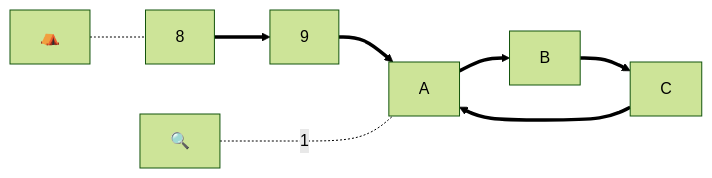
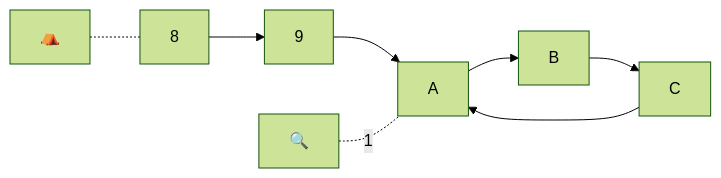
Diagram 11 of 13 in _posts/2026-02-15-nuralagus-rex.md (raganwald/raganwald.github.com), drawn with Mermaid (forest theme) before and after one commit. The commit also changed other lines of this file, not shown here.

```diff
--- a/_posts/2026-02-15-nuralagus-rex.md
+++ b/_posts/2026-02-15-nuralagus-rex.md
@@ -237,15 +237,15 @@
 <div class="mermaid">
   graph LR
     
     base["⛺️"]
     search["🔍"]
     e["8"]
     f["9"]
     g["A"]
     h["B"]
     i["C"]
 
-    e==>f==>g==>h==>i==>g
+    e-->f-->g-->h-->i-->g
     base-.-e
-    search-..-|"1"|g
+    search-.-|"1"|g
 </div>
```
